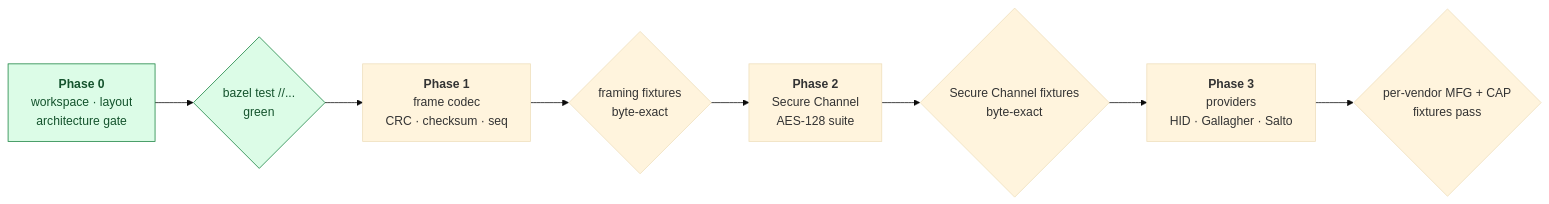
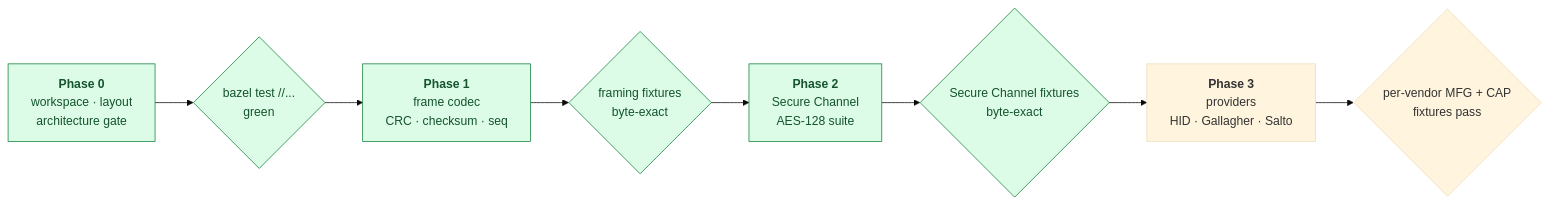
The fourth of 4 diagrams in README.md (regalium-os/osdp-go), drawn with Mermaid (base theme) before and after one commit. The commit also changed 17 other files, not shown here.

````diff
--- a/README.md
+++ b/README.md
@@ -202,16 +202,16 @@
 ```mermaid
 flowchart LR
     p0["<b>Phase 0</b><br/>workspace · layout<br/>architecture gate"]
     g0{"bazel test //...<br/>green"}
     p1["<b>Phase 1</b><br/>frame codec<br/>CRC · checksum · seq"]
     g1{"framing fixtures<br/>byte-exact"}
     p2["<b>Phase 2</b><br/>Secure Channel<br/>AES-128 suite"]
     g2{"Secure Channel fixtures<br/>byte-exact"}
     p3["<b>Phase 3</b><br/>providers<br/>HID · Gallagher · Salto"]
     g3{"per-vendor MFG + CAP<br/>fixtures pass"}
 
     p0 --> g0 --> p1 --> g1 --> p2 --> g2 --> p3 --> g3
 
     classDef done fill:#dcfce7,stroke:#15803d,color:#14532d
-    class p0,g0 done
+    class p0,g0,p1,g1,p2,g2 done
 ```
````
